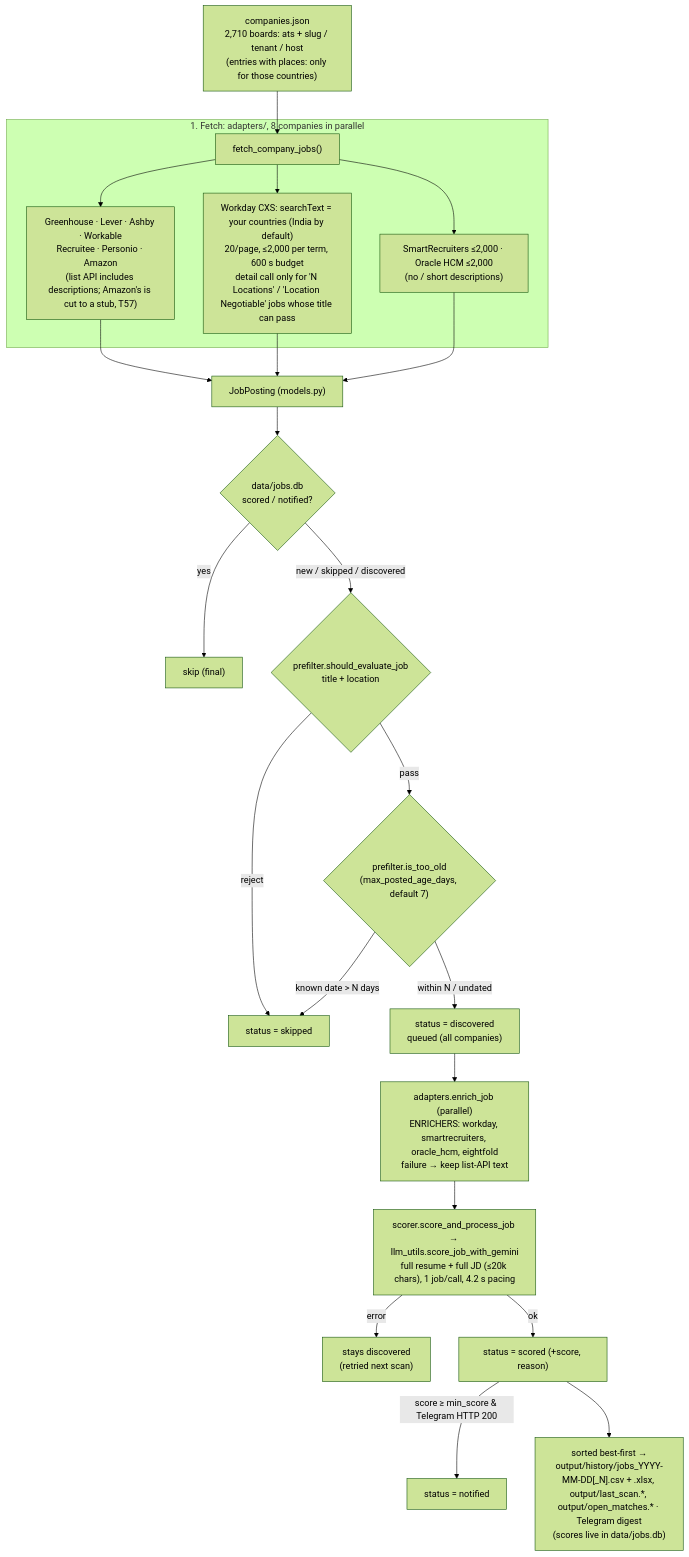
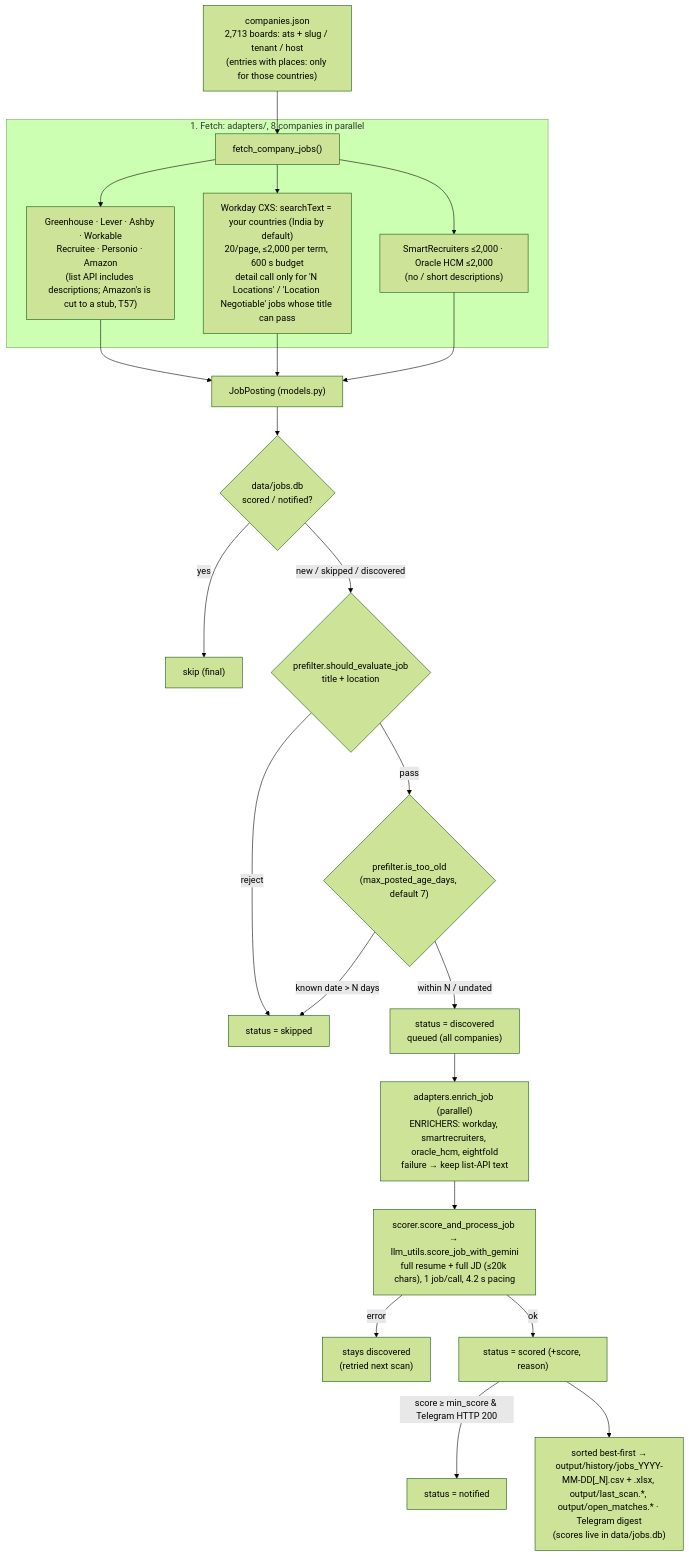
Before and after one commit to Manish814142/rolesight: the diagram in ARCHITECTURE.md, drawn with Mermaid (forest theme). The commit also changed 7 other files, not shown here.

````diff
--- a/ARCHITECTURE.md
+++ b/ARCHITECTURE.md
@@ -19,25 +19,25 @@
 ```mermaid
 flowchart TD
-    COMP["companies.json<br/>2,710 boards: ats + slug / tenant / host<br/>(entries with places: only for those countries)"] --> FETCH
+    COMP["companies.json<br/>2,713 boards: ats + slug / tenant / host<br/>(entries with places: only for those countries)"] --> FETCH
     subgraph Fetch ["1. Fetch: adapters/, 8 companies in parallel"]
         FETCH["fetch_company_jobs()"] --> LISTAPI["Greenhouse · Lever · Ashby · Workable<br/>Recruitee · Personio · Amazon<br/>(list API includes descriptions; Amazon's is cut to a stub, T57)"]
         FETCH --> WD["Workday CXS: searchText = your countries (India by default)<br/>20/page, ≤2,000 per term, 600 s budget<br/>detail call only for 'N Locations' / 'Location Negotiable' jobs whose title can pass"]
         FETCH --> SROH["SmartRecruiters ≤2,000 · Oracle HCM ≤2,000<br/>(no / short descriptions)"]
     end
     LISTAPI --> JP["JobPosting (models.py)"]
     WD --> JP
     SROH --> JP
     JP --> DEDUP{"data/jobs.db<br/>scored / notified?"}
     DEDUP -- yes --> SKIPF["skip (final)"]
     DEDUP -- "new / skipped / discovered" --> PF{"prefilter.should_evaluate_job<br/>title + location"}
     PF -- reject --> SKIPPED["status = skipped"]
     PF -- pass --> AGE{"prefilter.is_too_old<br/>(max_posted_age_days, default 7)"}
     AGE -- "known date > N days" --> SKIPPED
     AGE -- "within N / undated" --> QUEUE["status = discovered<br/>queued (all companies)"]
     QUEUE --> ENRICH["adapters.enrich_job (parallel)<br/>ENRICHERS: workday, smartrecruiters, oracle_hcm, eightfold<br/>failure → keep list-API text"]
     ENRICH --> SCORE["scorer.score_and_process_job → llm_utils.score_job_with_gemini<br/>full resume + full JD (≤20k chars), 1 job/call, 4.2 s pacing"]
     SCORE -- error --> DISC["stays discovered<br/>(retried next scan)"]
     SCORE -- ok --> SCORED["status = scored (+score, reason)"]
     SCORED -- "score ≥ min_score & Telegram HTTP 200" --> NOTIFIED["status = notified"]
     SCORED --> OUT["sorted best-first →<br/>output/history/jobs_YYYY-MM-DD[_N].csv + .xlsx, output/last_scan.*, output/open_matches.* · Telegram digest<br/>(scores live in data/jobs.db)"]
 ```
````
